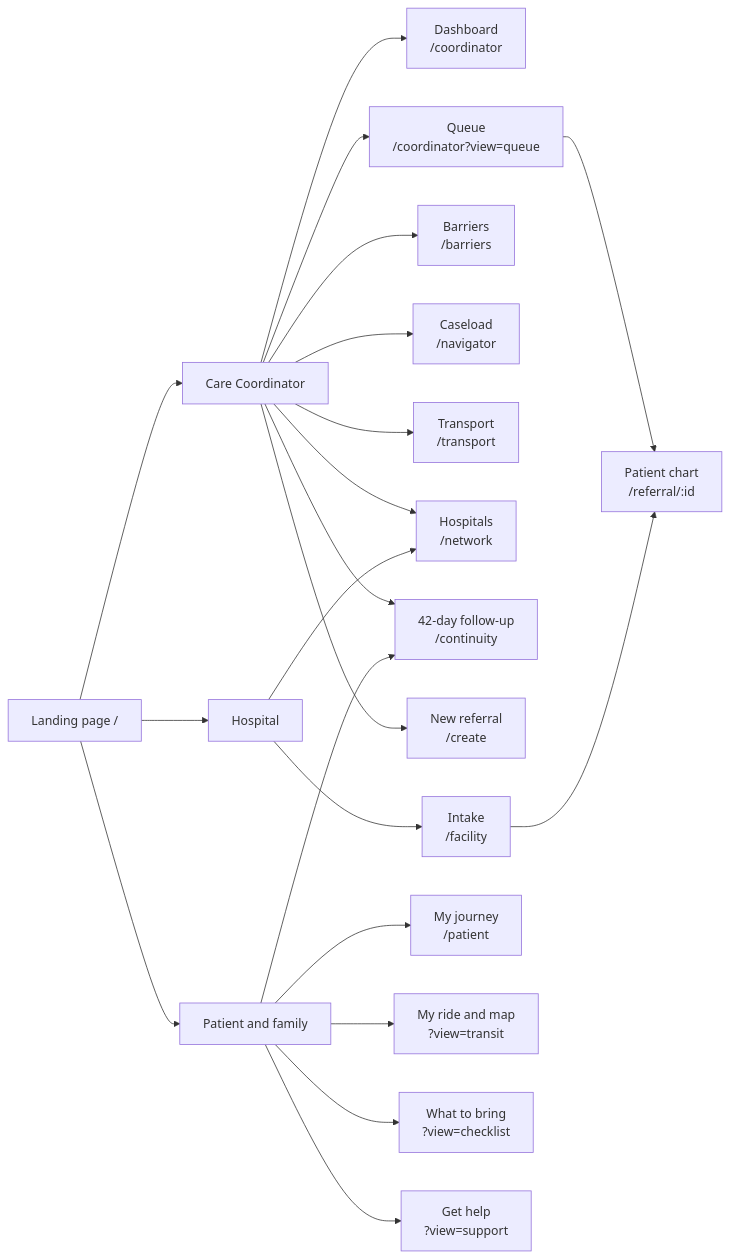
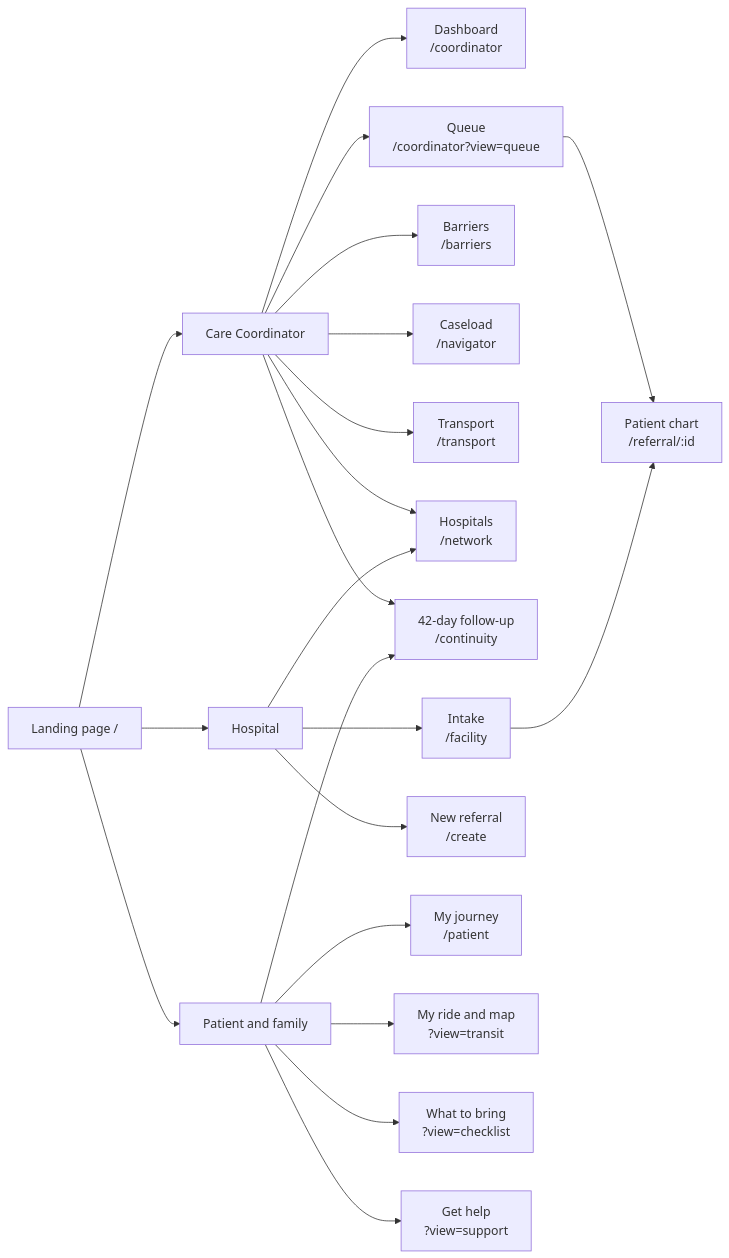
The diagram in docs/diagrams/02-roles-and-screens.mmd (Shabnam852/health-a-thon), drawn with Mermaid before and after one commit. The commit also changed 10 other files, not shown here.

```diff
--- a/docs/diagrams/02-roles-and-screens.mmd
+++ b/docs/diagrams/02-roles-and-screens.mmd
@@ -1,43 +1,43 @@
 flowchart LR
   accTitle: Roles and screens
-  accDescr: From the landing page: Coordinator has Dashboard, Queue, Barriers, Caseload, Transport, Hospitals, 42-day follow-up and New referral. Hospital has Intake and Hospitals. Family has My journey, My ride and map, What to bring, 42-day plan and Get help. Queue and Intake open the patient chart.
+  accDescr: From the landing page: Coordinator has Dashboard, Queue, Barriers, Caseload, Transport, Hospitals and 42-day follow-up. Hospital has Intake, Hospitals and New referral. Family has My journey, My ride and map, What to bring, 42-day plan and Get help. Queue and Intake open the patient chart.
   Start["Landing page /"]
 
   Start --> C[Care Coordinator]
   Start --> H[Hospital]
   Start --> F[Patient and family]
 
   C --> C1["Dashboard<br/>/coordinator"]
   C --> C2["Queue<br/>/coordinator?view=queue"]
   C --> C3["Barriers<br/>/barriers"]
   C --> C4["Caseload<br/>/navigator"]
   C --> C5["Transport<br/>/transport"]
   C --> C6["Hospitals<br/>/network"]
   C --> C7["42-day follow-up<br/>/continuity"]
-  C --> C8["New referral<br/>/create"]
 
   H --> H1["Intake<br/>/facility"]
   H --> C6
+  H --> H2["New referral<br/>/create"]
 
   F --> F1["My journey<br/>/patient"]
   F --> F2["My ride and map<br/>?view=transit"]
   F --> F3["What to bring<br/>?view=checklist"]
   F --> C7
   F --> F5["Get help<br/>?view=support"]
 
   C2 --> R["Patient chart<br/>/referral/:id"]
   H1 --> R
 
   click C1 href "http://localhost:5173/coordinator"
   click C2 href "http://localhost:5173/coordinator?view=queue"
   click C3 href "http://localhost:5173/barriers"
   click C4 href "http://localhost:5173/navigator"
   click C5 href "http://localhost:5173/transport"
   click C6 href "http://localhost:5173/network"
   click C7 href "http://localhost:5173/continuity"
-  click C8 href "http://localhost:5173/create"
   click H1 href "http://localhost:5173/facility"
+  click H2 href "http://localhost:5173/create"
   click F1 href "http://localhost:5173/patient"
   click F2 href "http://localhost:5173/patient?view=transit"
   click F3 href "http://localhost:5173/patient?view=checklist"
   click F5 href "http://localhost:5173/patient?view=support"
```
